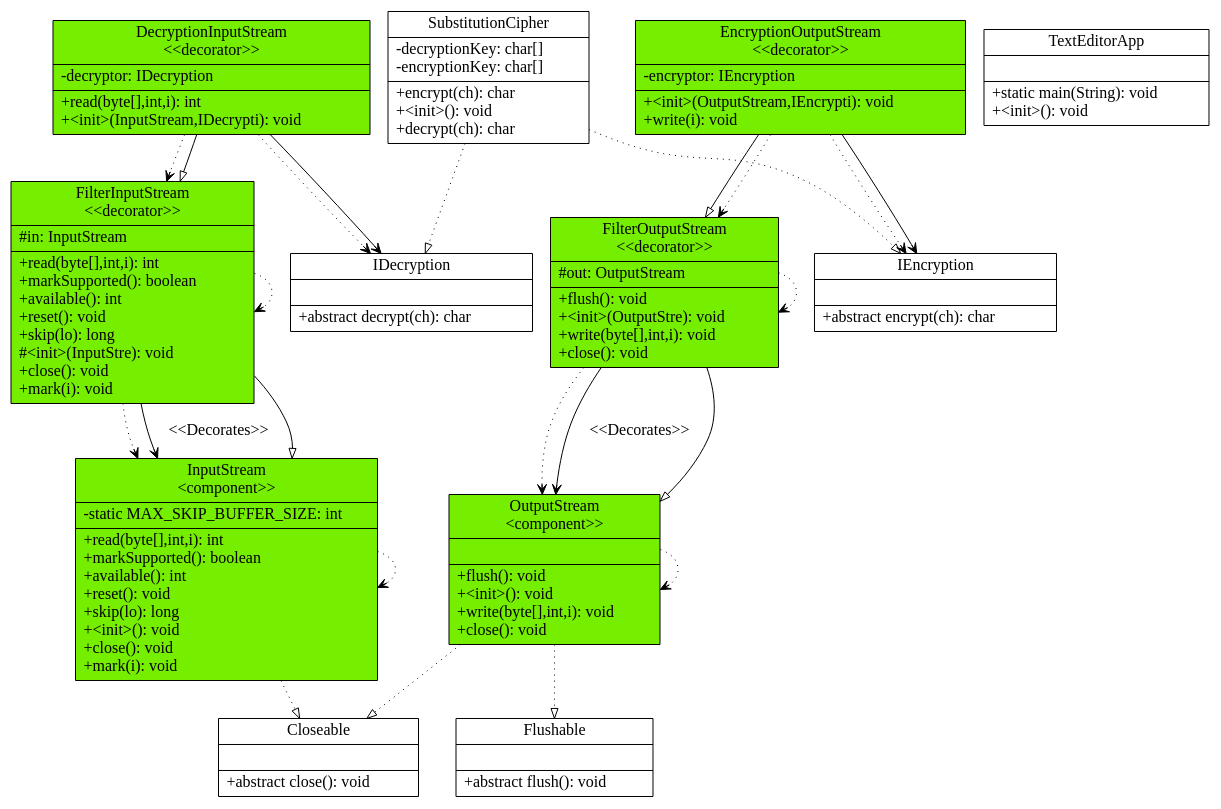
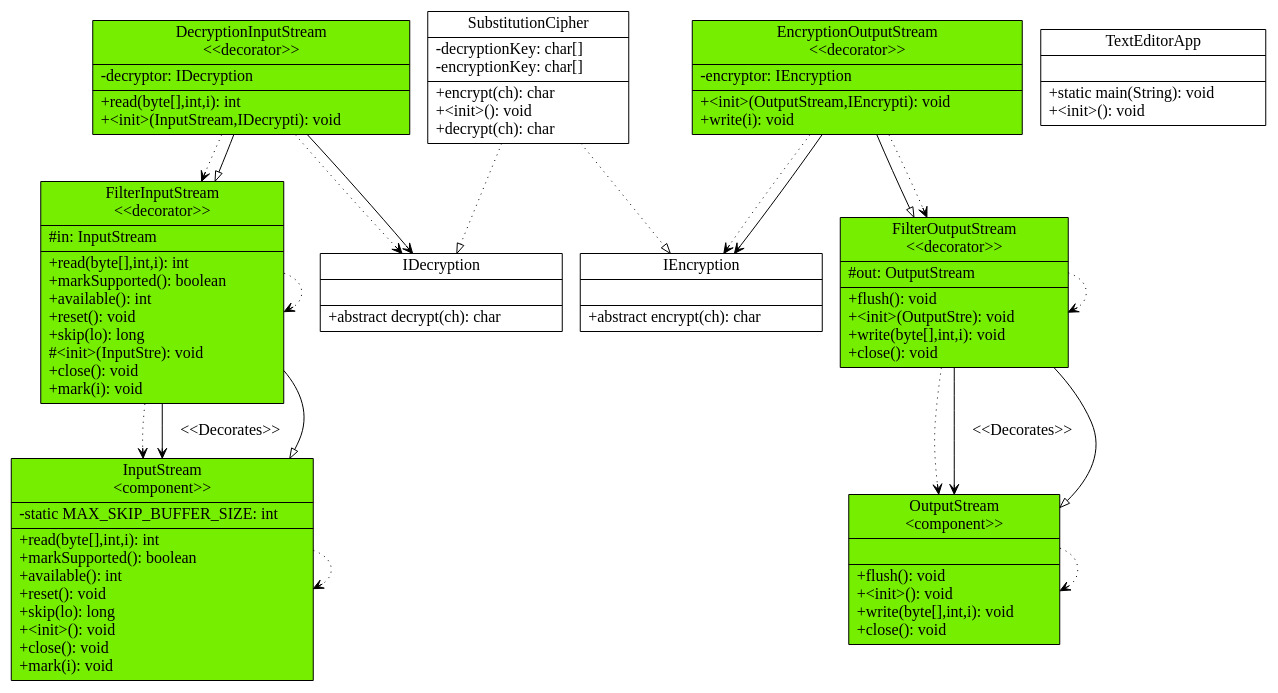
Before and after one commit to Maast3r/UMLMaker: the diagram in src/lab2one.dot, drawn with Graphviz. The commit also changed 13 other files, not shown here.

```diff
--- a/src/lab2one.dot
+++ b/src/lab2one.dot
@@ -1,112 +1,97 @@
 digraph G{
 	fontname = "Bitstream Vera Sans"
 	fontsize = 16
 
 node [
 	fontname = "Bitstream Vera Sans"
 	fontsize = 16
 
  shape = "record"
 ]
 edge [
 	fontname = "Bitstream Vera Sans"
 	fontsize = 16
 ]
 FilterInputStream [ 
 center=true
-    label="{FilterInputStream\n\<\<decorator\>\>|#in: InputStream \l | +read(byte[],int,i): int\l+markSupported(): boolean\l+available(): int\l+reset(): void\l+skip(lo): long\l#\<init\>(InputStre): void\l+close(): void\l+mark(i): void\l}"color = null
+    label="{FilterInputStream\n\<\<decorator\>\>|#in: InputStream \l | +read(byte[],int,i): int\l+markSupported(): boolean\l+available(): int\l+reset(): void\l+skip(lo): long\l#\<init\>(InputStre): void\l+close(): void\l+mark(i): void\l}"color = black
 style = filled 
  fillcolor = chartreuse2
 ]
 IEncryption [ 
 center=true
     label="{IEncryption| | +abstract encrypt(ch): char\l}"color = black
 style = filled 
  fillcolor = white
 ]
 InputStream [ 
 center=true
-    label="{InputStream\n\<\component\>\>|-static MAX_SKIP_BUFFER_SIZE: int \l | +read(byte[],int,i): int\l+markSupported(): boolean\l+available(): int\l+reset(): void\l+skip(lo): long\l+\<init\>(): void\l+close(): void\l+mark(i): void\l}"color = null
+    label="{InputStream\n\<\component\>\>|-static MAX_SKIP_BUFFER_SIZE: int \l | +read(byte[],int,i): int\l+markSupported(): boolean\l+available(): int\l+reset(): void\l+skip(lo): long\l+\<init\>(): void\l+close(): void\l+mark(i): void\l}"color = black
 style = filled 
  fillcolor = chartreuse2
 ]
 EncryptionOutputStream [ 
 center=true
-    label="{EncryptionOutputStream\n\<\<decorator\>\>|-encryptor: IEncryption \l | +\<init\>(OutputStream,IEncrypti): void\l+write(i): void\l}"color = null
+    label="{EncryptionOutputStream\n\<\<decorator\>\>|-encryptor: IEncryption \l | +\<init\>(OutputStream,IEncrypti): void\l+write(i): void\l}"color = black
 style = filled 
  fillcolor = chartreuse2
 ]
 OutputStream [ 
 center=true
-    label="{OutputStream\n\<\component\>\>| | +flush(): void\l+\<init\>(): void\l+write(byte[],int,i): void\l+close(): void\l}"color = null
+    label="{OutputStream\n\<\component\>\>| | +flush(): void\l+\<init\>(): void\l+write(byte[],int,i): void\l+close(): void\l}"color = black
 style = filled 
  fillcolor = chartreuse2
-]
-Closeable [ 
-center=true
-    label="{Closeable| | +abstract close(): void\l}"color = black
-style = filled 
- fillcolor = white
 ]
 SubstitutionCipher [ 
 center=true
     label="{SubstitutionCipher|-decryptionKey: char[] \l-encryptionKey: char[] \l | +encrypt(ch): char\l+\<init\>(): void\l+decrypt(ch): char\l}"color = black
 style = filled 
  fillcolor = white
 ]
 DecryptionInputStream [ 
 center=true
-    label="{DecryptionInputStream\n\<\<decorator\>\>|-decryptor: IDecryption \l | +read(byte[],int,i): int\l+\<init\>(InputStream,IDecrypti): void\l}"color = null
+    label="{DecryptionInputStream\n\<\<decorator\>\>|-decryptor: IDecryption \l | +read(byte[],int,i): int\l+\<init\>(InputStream,IDecrypti): void\l}"color = black
 style = filled 
  fillcolor = chartreuse2
 ]
 IDecryption [ 
 center=true
     label="{IDecryption| | +abstract decrypt(ch): char\l}"color = black
 style = filled 
  fillcolor = white
 ]
 FilterOutputStream [ 
 center=true
-    label="{FilterOutputStream\n\<\<decorator\>\>|#out: OutputStream \l | +flush(): void\l+\<init\>(OutputStre): void\l+write(byte[],int,i): void\l+close(): void\l}"color = null
+    label="{FilterOutputStream\n\<\<decorator\>\>|#out: OutputStream \l | +flush(): void\l+\<init\>(OutputStre): void\l+write(byte[],int,i): void\l+close(): void\l}"color = black
 style = filled 
  fillcolor = chartreuse2
-]
-Flushable [ 
-center=true
-    label="{Flushable| | +abstract flush(): void\l}"color = black
-style = filled 
- fillcolor = white
 ]
 TextEditorApp [ 
 center=true
     label="{TextEditorApp| | +static main(String): void\l+\<init\>(): void\l}"color = black
 style = filled 
  fillcolor = white
 ]
 FilterInputStream -> InputStream[arrowhead = vee, style = dotted]
-FilterInputStream -> InputStream[arrowhead = vee,label="\<\<Decorates\>\>"]
+FilterInputStream -> InputStream [arrowhead = vee,label="\<\<Decorates\>\>"]
 FilterInputStream -> InputStream [arrowhead = onormal]
 FilterInputStream -> FilterInputStream[arrowhead = vee, style = dotted]
-InputStream -> Closeable[arrowhead = onormal,style = dotted]
 InputStream -> InputStream[arrowhead = vee, style = dotted]
 EncryptionOutputStream -> IEncryption[arrowhead = vee, style = dotted]
 EncryptionOutputStream -> FilterOutputStream [arrowhead = onormal]
-EncryptionOutputStream -> IEncryption[arrowhead = veenull]
+EncryptionOutputStream -> IEncryption[arrowhead = vee]
 EncryptionOutputStream -> FilterOutputStream[arrowhead = vee, style = dotted]
-OutputStream -> Closeable[arrowhead = onormal,style = dotted]
-OutputStream -> Flushable[arrowhead = onormal,style = dotted]
 OutputStream -> OutputStream[arrowhead = vee, style = dotted]
 SubstitutionCipher -> IDecryption[arrowhead = onormal,style = dotted]
 SubstitutionCipher -> IEncryption[arrowhead = onormal,style = dotted]
 DecryptionInputStream -> IDecryption[arrowhead = vee, style = dotted]
-DecryptionInputStream -> IDecryption[arrowhead = veenull]
+DecryptionInputStream -> IDecryption[arrowhead = vee]
 DecryptionInputStream -> FilterInputStream[arrowhead = vee, style = dotted]
 DecryptionInputStream -> FilterInputStream [arrowhead = onormal]
 FilterOutputStream -> OutputStream[arrowhead = vee, style = dotted]
-FilterOutputStream -> OutputStream[arrowhead = vee,label="\<\<Decorates\>\>"]
+FilterOutputStream -> OutputStream [arrowhead = vee,label="\<\<Decorates\>\>"]
 FilterOutputStream -> OutputStream [arrowhead = onormal]
 FilterOutputStream -> FilterOutputStream[arrowhead = vee, style = dotted]
 
 
 }
```
